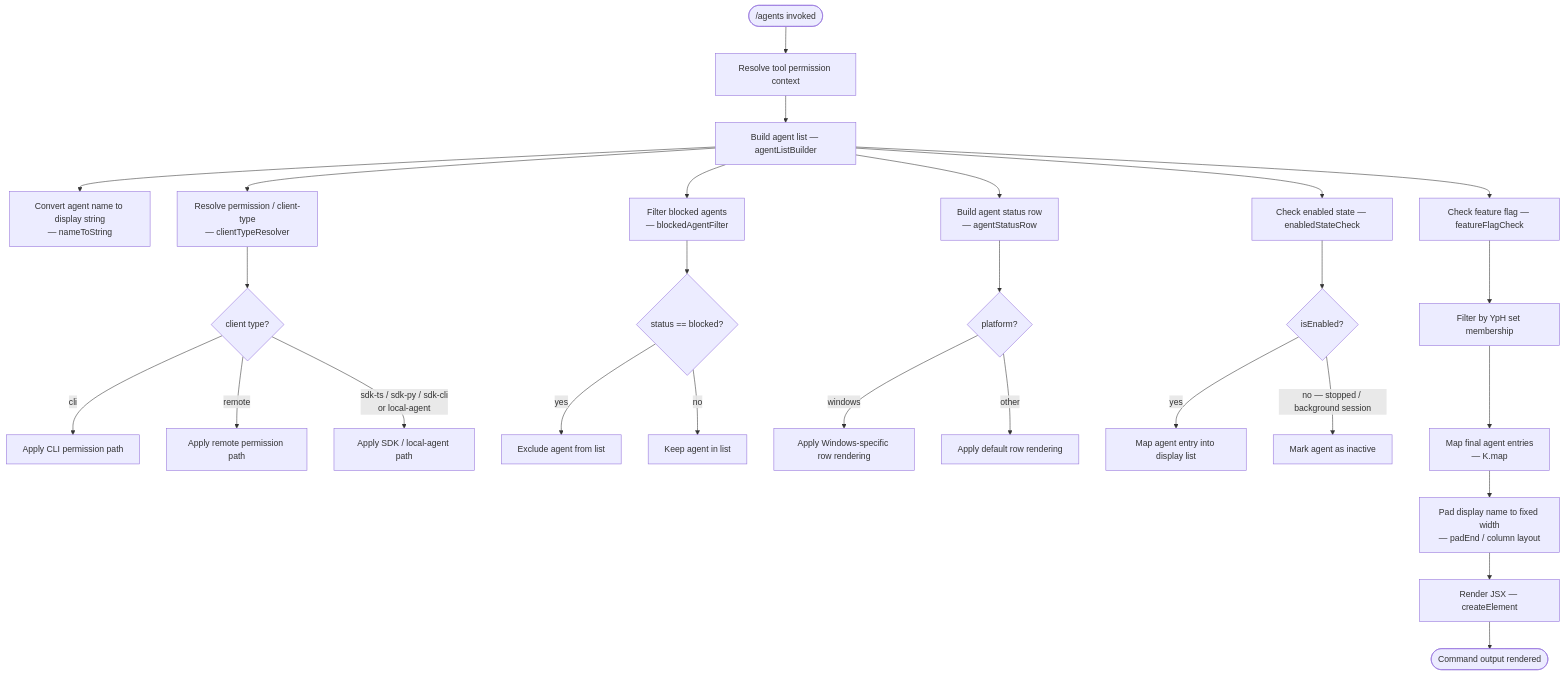
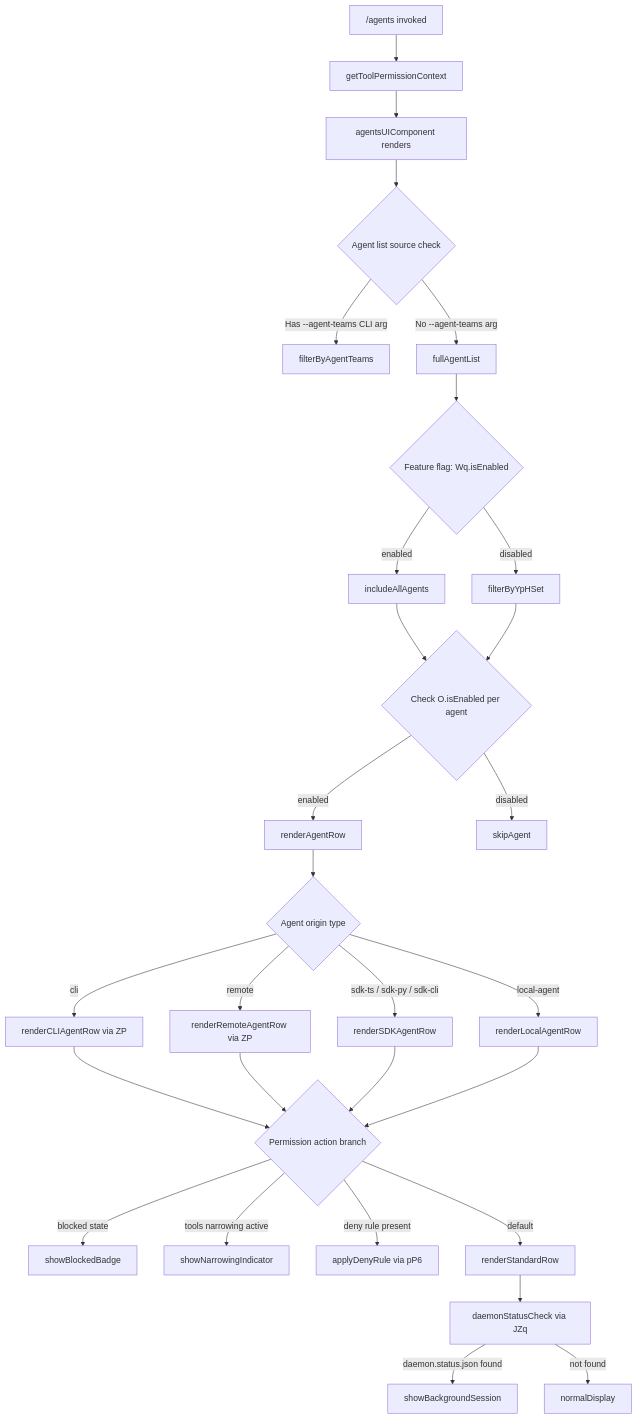
Before and after one commit to MyLittleLuckyDog/cc-gnothi: the diagram in versions/v2.1.143/agents.md, drawn with Mermaid. The commit also changed other lines of this file and 87 other files, not shown here.

````diff
--- a/versions/v2.1.143/agents.md
+++ b/versions/v2.1.143/agents.md
@@ -46,35 +46,31 @@
 ```mermaid
 flowchart TD
-    A(["/agents invoked"]) --> B[Resolve tool permission context]
-    B --> C[Build agent list — agentListBuilder]
-
-    C --> D[Convert agent name to display string\n— nameToString]
-    C --> E[Resolve permission / client-type\n— clientTypeResolver]
-    C --> F[Filter blocked agents\n— blockedAgentFilter]
-    C --> G[Build agent status row\n— agentStatusRow]
-    C --> H[Check feature flag — featureFlagCheck]
-    C --> I[Check enabled state — enabledStateCheck]
-
-    E --> E1{client type?}
-    E1 -->|cli| E2[Apply CLI permission path]
-    E1 -->|remote| E3[Apply remote permission path]
-    E1 -->|sdk-ts / sdk-py / sdk-cli\nor local-agent| E4[Apply SDK / local-agent path]
-
-    F --> F1{status == blocked?}
-    F1 -->|yes| F2[Exclude agent from list]
-    F1 -->|no| F3[Keep agent in list]
-
-    G --> G1{platform?}
-    G1 -->|windows| G2[Apply Windows-specific row rendering]
-    G1 -->|other| G3[Apply default row rendering]
-
-    I --> I1{isEnabled?}
-    I1 -->|yes| I2[Map agent entry into display list]
-    I1 -->|no — stopped / background session| I3[Mark agent as inactive]
-
-    H --> J[Filter by YpH set membership]
-    J --> K[Map final agent entries\n— K.map]
-    K --> L[Pad display name to fixed width\n— padEnd / column layout]
-    L --> M[Render JSX — createElement]
-    M --> N([Command output rendered])
+    A["/agents invoked"] --> B[getToolPermissionContext]
+    B --> C[agentsUIComponent renders]
+    C --> D{Agent list source check}
+    D -->|Has --agent-teams CLI arg| E[filterByAgentTeams]
+    D -->|No --agent-teams arg| F[fullAgentList]
+    F --> G{Feature flag: Wq.isEnabled}
+    G -->|enabled| H[includeAllAgents]
+    G -->|disabled| I[filterByYpHSet]
+    H --> J{Check O.isEnabled per agent}
+    I --> J
+    J -->|enabled| K[renderAgentRow]
+    J -->|disabled| L[skipAgent]
+    K --> M{Agent origin type}
+    M -->|"cli"| N[renderCLIAgentRow via ZP]
+    M -->|"remote"| O2[renderRemoteAgentRow via ZP]
+    M -->|"sdk-ts / sdk-py / sdk-cli"| P[renderSDKAgentRow]
+    M -->|"local-agent"| Q[renderLocalAgentRow]
+    N --> R{Permission action branch}
+    O2 --> R
+    P --> R
+    Q --> R
+    R -->|"blocked" state| S[showBlockedBadge]
+    R -->|tools narrowing active| T[showNarrowingIndicator]
+    R -->|deny rule present| U[applyDenyRule via pP6]
+    R -->|default| V[renderStandardRow]
+    V --> W[daemonStatusCheck via JZq]
+    W -->|daemon.status.json found| X[showBackgroundSession]
+    W -->|not found| Y[normalDisplay]
 ```
````
